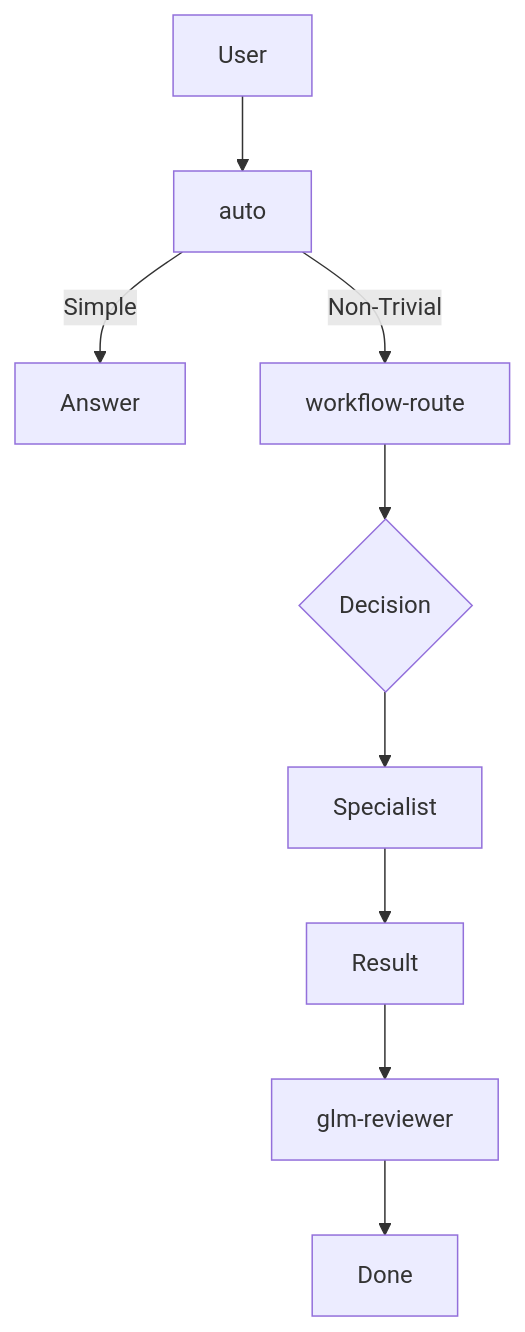
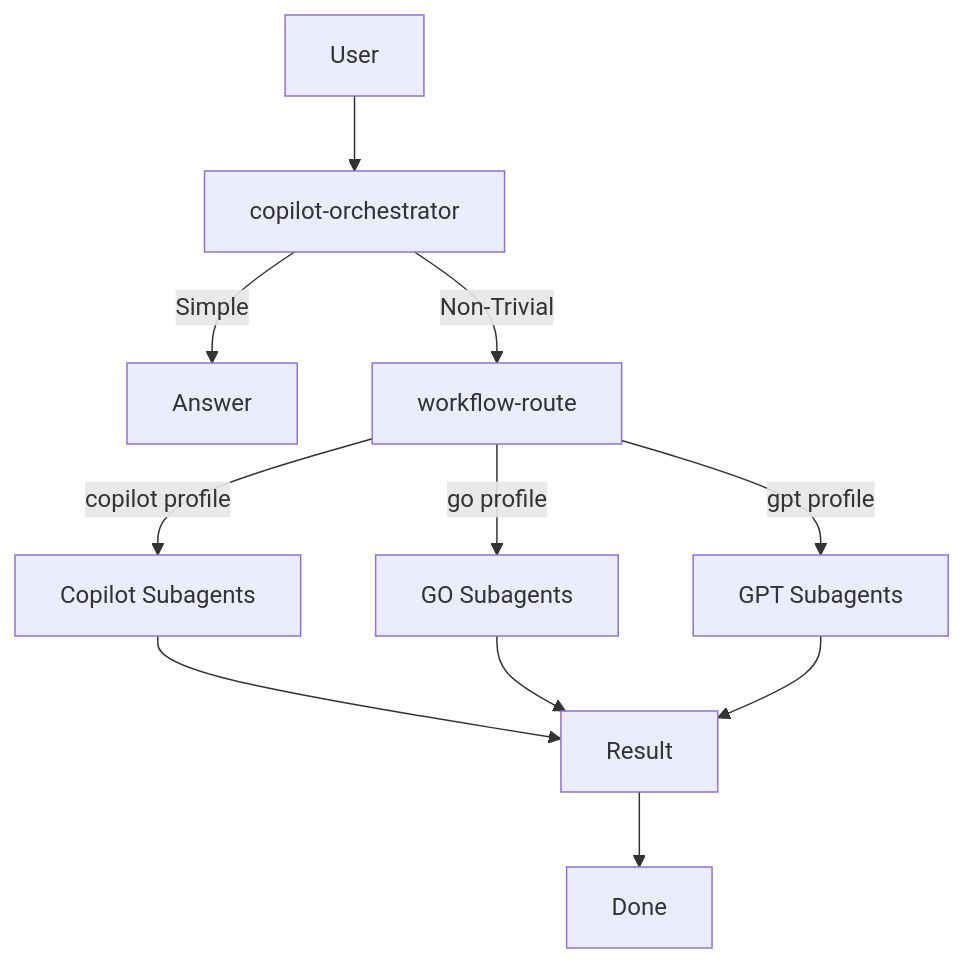
One commit to williamroberttv/code-setup changed the diagram in opencode/README.md. Above: the diagram before and after it, drawn with Mermaid. The commit also changed other lines of this file and 3 other files, not shown here.

````diff
--- a/opencode/README.md
+++ b/opencode/README.md
@@ -148,11 +189,13 @@
 ```mermaid
 graph TD
-    A[User] --> B[auto]
+    A[User] --> B[copilot-orchestrator]
     B -->|Simple| C[Answer]
     B -->|Non-Trivial| D[workflow-route]
-    D --> E{Decision}
-    E --> F[Specialist]
-    F --> G[Result]
-    G --> H[glm-reviewer]
+    D -->|copilot profile| E[Copilot Subagents]
+    D -->|go profile| F[GO Subagents]
+    D -->|gpt profile| G[GPT Subagents]
+    E --> H[Result]
+    F --> H
+    G --> H
     H --> I[Done]
 ```
````
